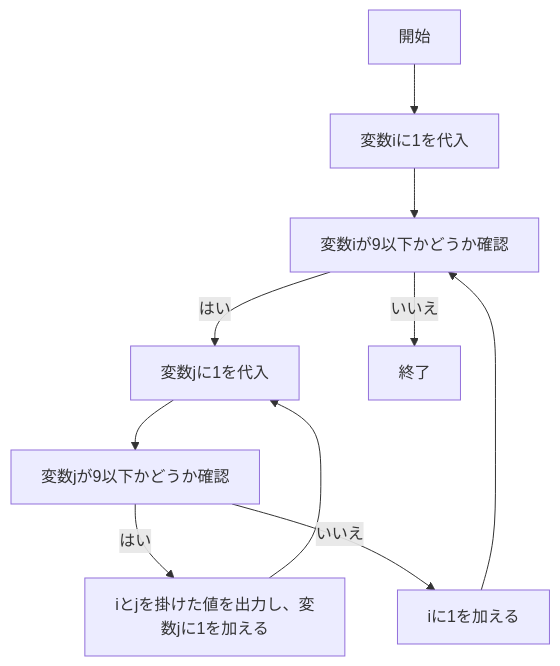
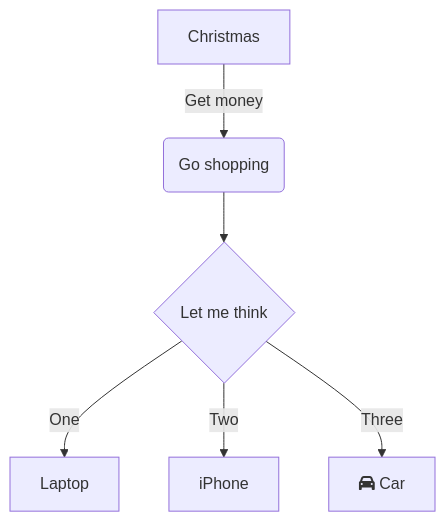
One commit to naominix/naominix.github.io changed the diagram in README.md. Above: the diagram before and after it, drawn with Mermaid.

````diff
--- a/README.md
+++ b/README.md
@@ -1,12 +1,8 @@
 ```mermaid
-graph TD;
-  A[開始] --> B[変数iに1を代入];
-  B --> C[変数iが9以下かどうか確認];
-  C -- はい --> D[変数jに1を代入];
-  D --> E[変数jが9以下かどうか確認];
-  E -- はい --> F[iとjを掛けた値を出力し、変数jに1を加える];
-  F --> D;
-  E -- いいえ --> G[iに1を加える];
-  G --> C;
-  C -- いいえ --> H[終了];
+graph TD
+    A[Christmas] -->|Get money| B(Go shopping)
+    B --> C{Let me think}
+    C -->|One| D[Laptop]
+    C -->|Two| E[iPhone]
+    C -->|Three| F[fa:fa-car Car]
 ```
````
